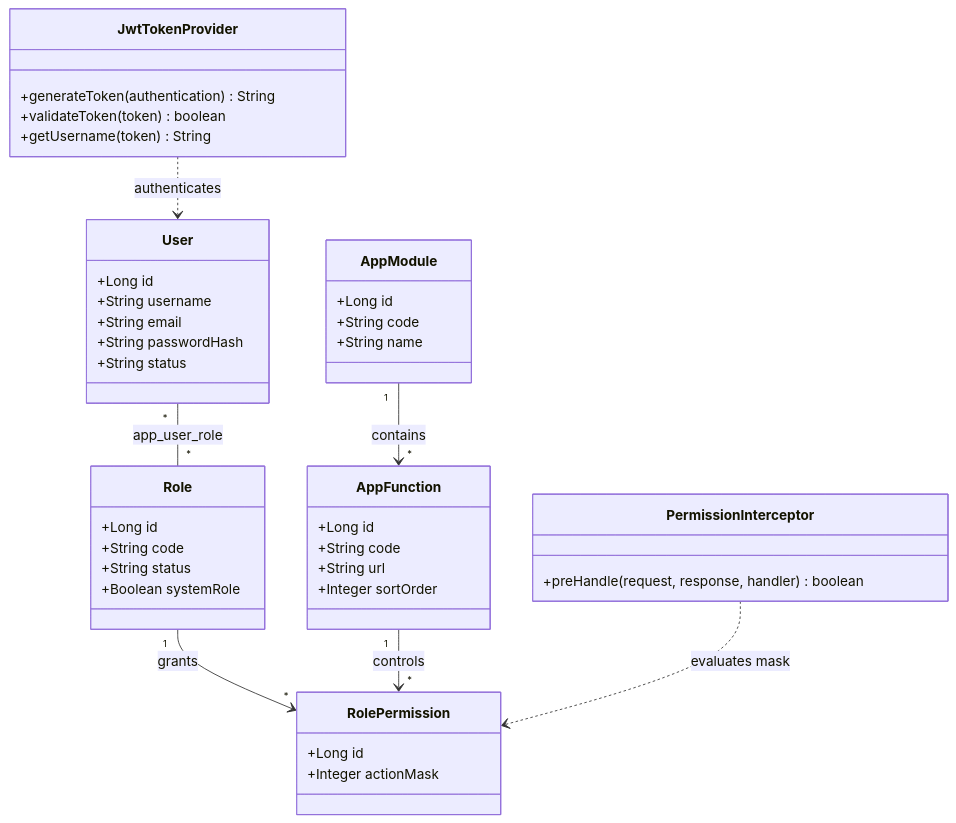
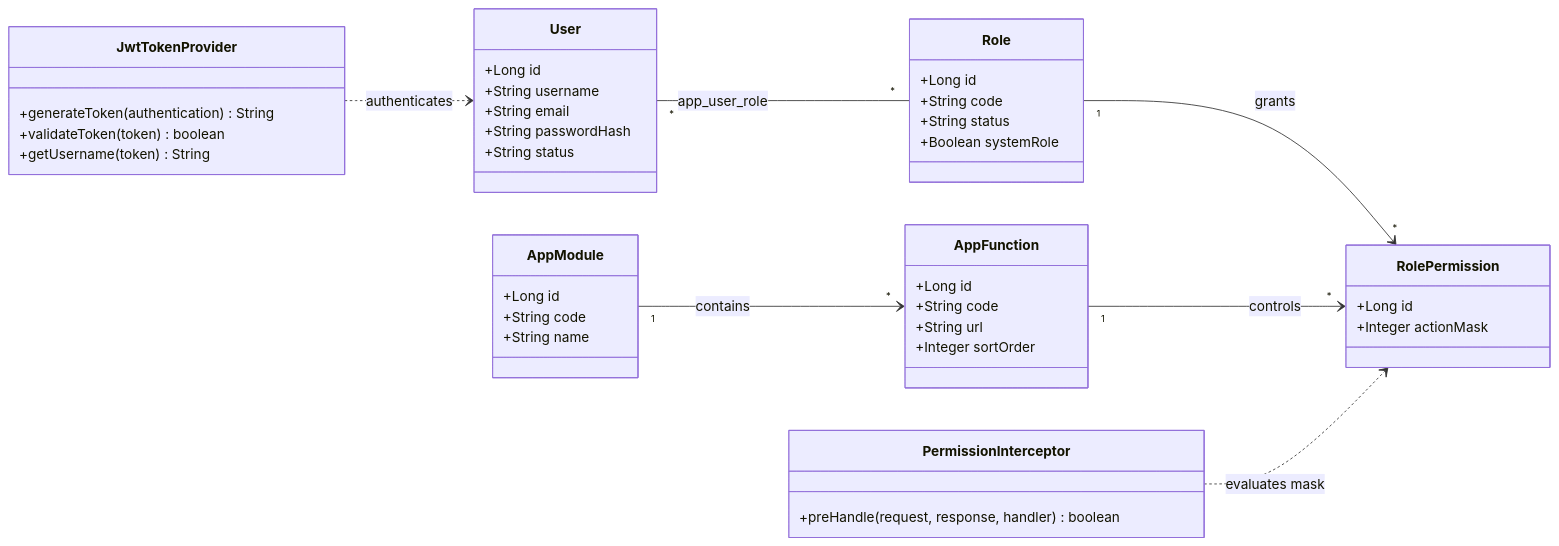
Before and after one commit to GinNgo/He-thong-quan-ly-khach-san: the fourth of 22 diagrams in docs/UML.md, drawn with Mermaid. The commit also changed other lines of this file and 291 other files, not shown here.

````diff
--- a/docs/UML.md
+++ b/docs/UML.md
@@ -148,46 +148,47 @@
 ```mermaid
 classDiagram
+    direction LR
     class User {
         +Long id
         +String username
         +String email
         +String passwordHash
         +String status
     }
     class Role {
         +Long id
         +String code
         +String status
         +Boolean systemRole
     }
     class AppModule {
         +Long id
         +String code
         +String name
     }
     class AppFunction {
         +Long id
         +String code
         +String url
         +Integer sortOrder
     }
     class RolePermission {
         +Long id
         +Integer actionMask
     }
     class JwtTokenProvider {
         +generateToken(authentication) String
         +validateToken(token) boolean
         +getUsername(token) String
     }
     class PermissionInterceptor {
         +preHandle(request, response, handler) boolean
     }
 
     User "*" -- "*" Role : app_user_role
     AppModule "1" --> "*" AppFunction : contains
     Role "1" --> "*" RolePermission : grants
     AppFunction "1" --> "*" RolePermission : controls
     JwtTokenProvider ..> User : authenticates
     PermissionInterceptor ..> RolePermission : evaluates mask
 ```
````
